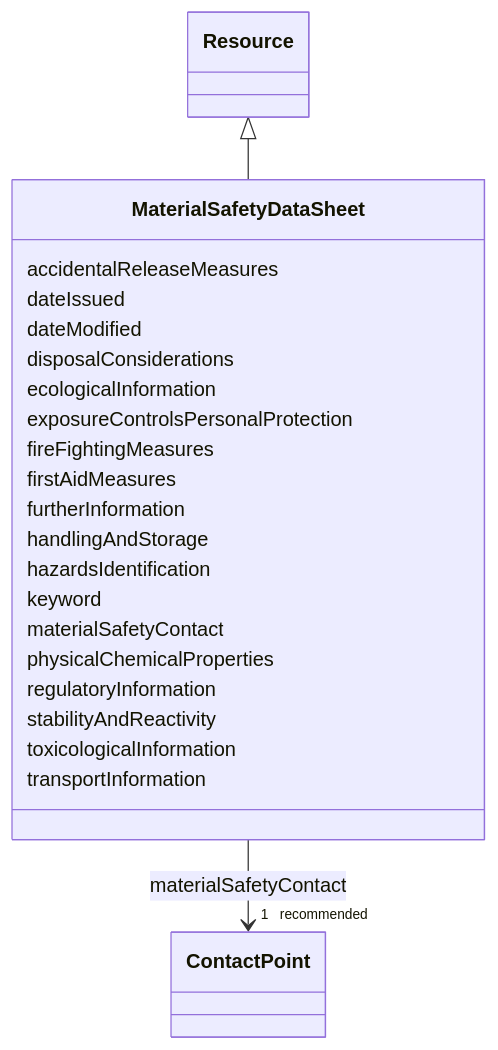
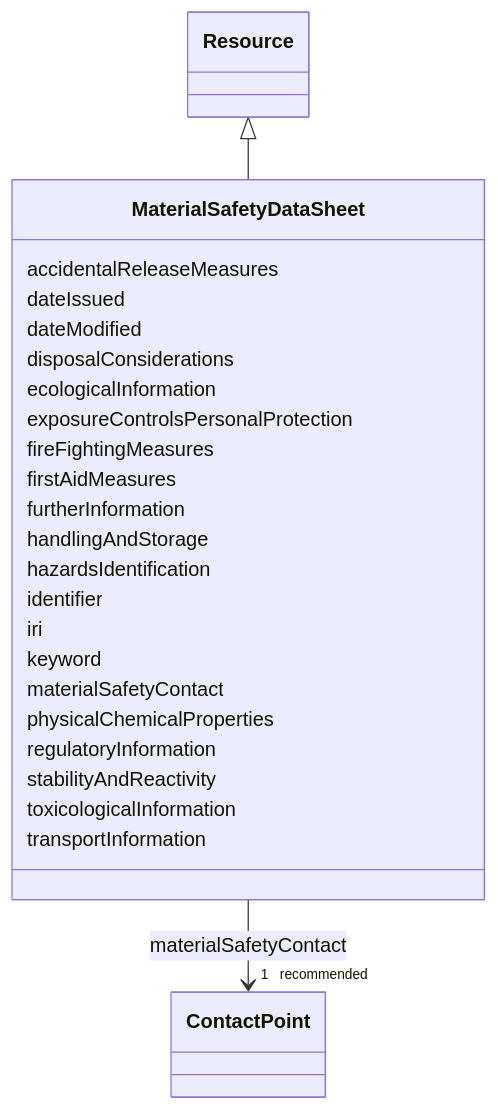
The diagram in models/docs/MaterialSafetyDataSheet.md (EVORA-project/evora-ontology), drawn with Mermaid before and after one commit. The commit also changed other lines of this file and 391 other files, not shown here.

````diff
--- a/models/docs/MaterialSafetyDataSheet.md
+++ b/models/docs/MaterialSafetyDataSheet.md
@@ -19,52 +19,56 @@
 ```mermaid
  classDiagram
     class MaterialSafetyDataSheet
     click MaterialSafetyDataSheet href "../MaterialSafetyDataSheet"
       Resource <|-- MaterialSafetyDataSheet
         click Resource href "../Resource"
       
       MaterialSafetyDataSheet : accidentalReleaseMeasures
         
       MaterialSafetyDataSheet : dateIssued
         
       MaterialSafetyDataSheet : dateModified
         
       MaterialSafetyDataSheet : disposalConsiderations
         
       MaterialSafetyDataSheet : ecologicalInformation
         
       MaterialSafetyDataSheet : exposureControlsPersonalProtection
         
       MaterialSafetyDataSheet : fireFightingMeasures
         
       MaterialSafetyDataSheet : firstAidMeasures
         
       MaterialSafetyDataSheet : furtherInformation
         
       MaterialSafetyDataSheet : handlingAndStorage
         
       MaterialSafetyDataSheet : hazardsIdentification
         
+      MaterialSafetyDataSheet : identifier
+        
+      MaterialSafetyDataSheet : iri
+        
       MaterialSafetyDataSheet : keyword
         
       MaterialSafetyDataSheet : materialSafetyContact
         
           
     
     
     MaterialSafetyDataSheet --> "1 _recommended_" ContactPoint : materialSafetyContact
     click ContactPoint href "../ContactPoint"
 
         
       MaterialSafetyDataSheet : physicalChemicalProperties
         
       MaterialSafetyDataSheet : regulatoryInformation
         
       MaterialSafetyDataSheet : stabilityAndReactivity
         
       MaterialSafetyDataSheet : toxicologicalInformation
         
       MaterialSafetyDataSheet : transportInformation
         
       
 ```
````
